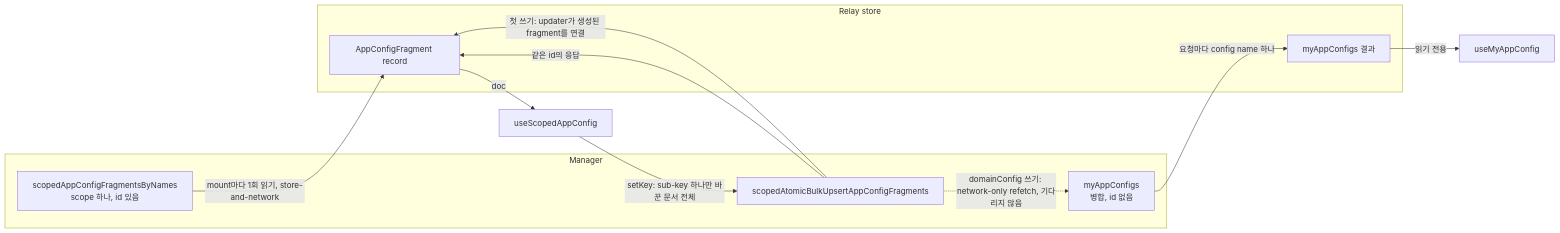
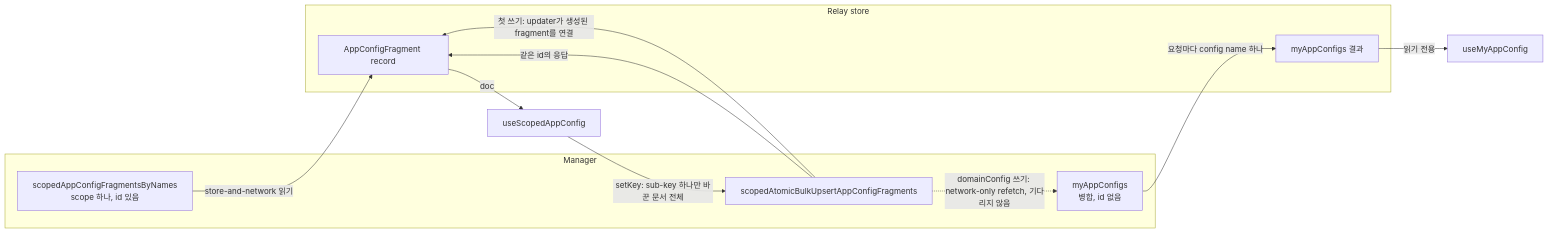
Before and after one commit to lablup/backend.ai-webui: the diagram in docs/adr/0033-scoped-and-merged-app-config-hooks.ko.md, drawn with Mermaid. The commit also changed other lines of this file and 7 other files, not shown here.

````diff
--- a/docs/adr/0033-scoped-and-merged-app-config-hooks.ko.md
+++ b/docs/adr/0033-scoped-and-merged-app-config-hooks.ko.md
@@ -22,20 +22,20 @@
 ```mermaid
 flowchart LR
   subgraph manager["Manager"]
     raw["scopedAppConfigFragmentsByNames<br/>scope 하나, id 있음"]
     merged["myAppConfigs<br/>병합, id 없음"]
     upsert["scopedAtomicBulkUpsertAppConfigFragments"]
   end
   subgraph store["Relay store"]
     rawRec["AppConfigFragment record"]
     mergedRec["myAppConfigs 결과"]
   end
-  raw -- "mount마다 1회 읽기, store-and-network" --> rawRec
+  raw -- "store-and-network 읽기" --> rawRec
   rawRec -- "doc" --> scoped["useScopedAppConfig"]
   scoped -- "setKey: sub-key 하나만 바꾼 문서 전체" --> upsert
   upsert -- "같은 id의 응답" --> rawRec
   upsert -- "첫 쓰기: updater가 생성된 fragment를 연결" --> rawRec
   upsert -. "domainConfig 쓰기: network-only refetch, 기다리지 않음" .-> merged
   merged -- "요청마다 config name 하나" --> mergedRec
   mergedRec -- "읽기 전용" --> my["useMyAppConfig"]
 ```
````
